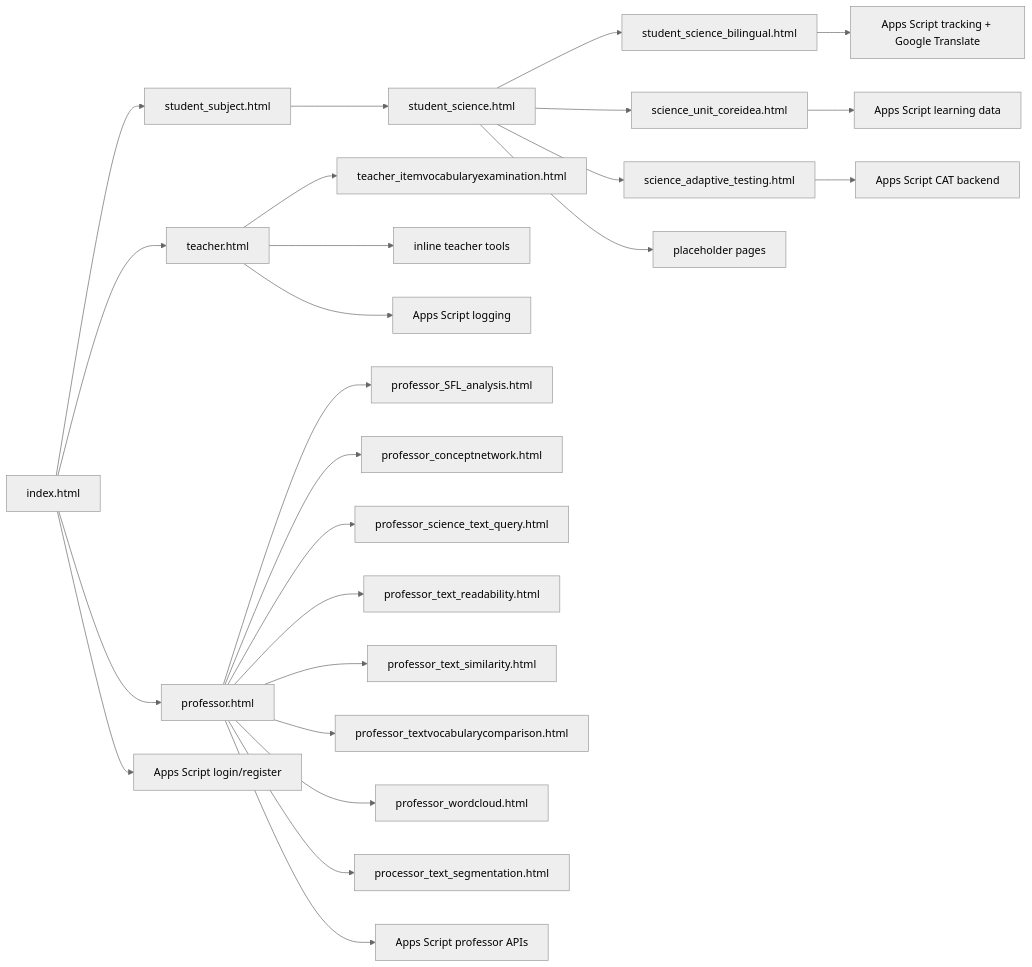
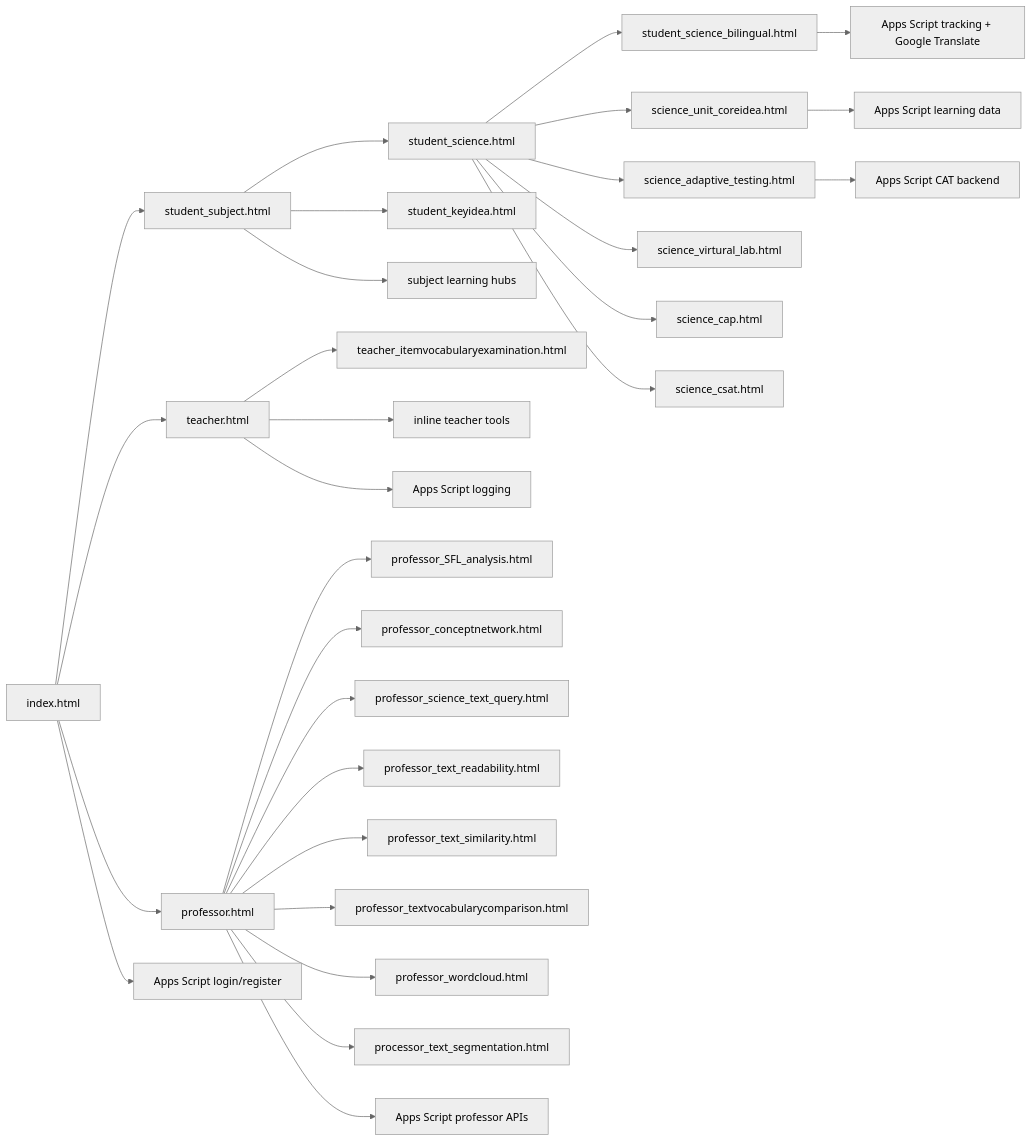
One commit to Shiwen6674/aischool changed the diagram in docs/architecture.md. Above: the diagram before and after it, drawn with Mermaid (neutral theme). The commit also changed other lines of this file and 30 other files, not shown here.

Commit message:
Unify session runtime and promote student learning hubs

````diff
--- a/docs/architecture.md
+++ b/docs/architecture.md
@@ -15,31 +15,35 @@
 ```mermaid
 flowchart LR
   A["index.html"] --> B["student_subject.html"]
   A --> C["teacher.html"]
   A --> D["professor.html"]
 
   B --> E["student_science.html"]
   E --> F["student_science_bilingual.html"]
   E --> G["science_unit_coreidea.html"]
   E --> H["science_adaptive_testing.html"]
-  E --> I["placeholder pages"]
+  B --> I["student_keyidea.html"]
+  B --> J["subject learning hubs"]
+  E --> K["science_virtural_lab.html"]
+  E --> L["science_cap.html"]
+  E --> M["science_csat.html"]
 
-  C --> J["teacher_itemvocabularyexamination.html"]
-  C --> K["inline teacher tools"]
+  C --> N["teacher_itemvocabularyexamination.html"]
+  C --> O["inline teacher tools"]
 
-  D --> L["professor_SFL_analysis.html"]
-  D --> M["professor_conceptnetwork.html"]
-  D --> N["professor_science_text_query.html"]
-  D --> O["professor_text_readability.html"]
-  D --> P["professor_text_similarity.html"]
-  D --> Q["professor_textvocabularycomparison.html"]
-  D --> R["professor_wordcloud.html"]
-  D --> S["processor_text_segmentation.html"]
+  D --> P["professor_SFL_analysis.html"]
+  D --> Q["professor_conceptnetwork.html"]
+  D --> R["professor_science_text_query.html"]
+  D --> S["professor_text_readability.html"]
+  D --> T["professor_text_similarity.html"]
+  D --> U["professor_textvocabularycomparison.html"]
+  D --> V["professor_wordcloud.html"]
+  D --> W["processor_text_segmentation.html"]
 
-  A --> T["Apps Script login/register"]
-  C --> U["Apps Script logging"]
-  D --> V["Apps Script professor APIs"]
-  F --> W["Apps Script tracking + Google Translate"]
-  G --> X["Apps Script learning data"]
-  H --> Y["Apps Script CAT backend"]
+  A --> X["Apps Script login/register"]
+  C --> Y["Apps Script logging"]
+  D --> Z["Apps Script professor APIs"]
+  F --> AA["Apps Script tracking + Google Translate"]
+  G --> AB["Apps Script learning data"]
+  H --> AC["Apps Script CAT backend"]
 ```
````
